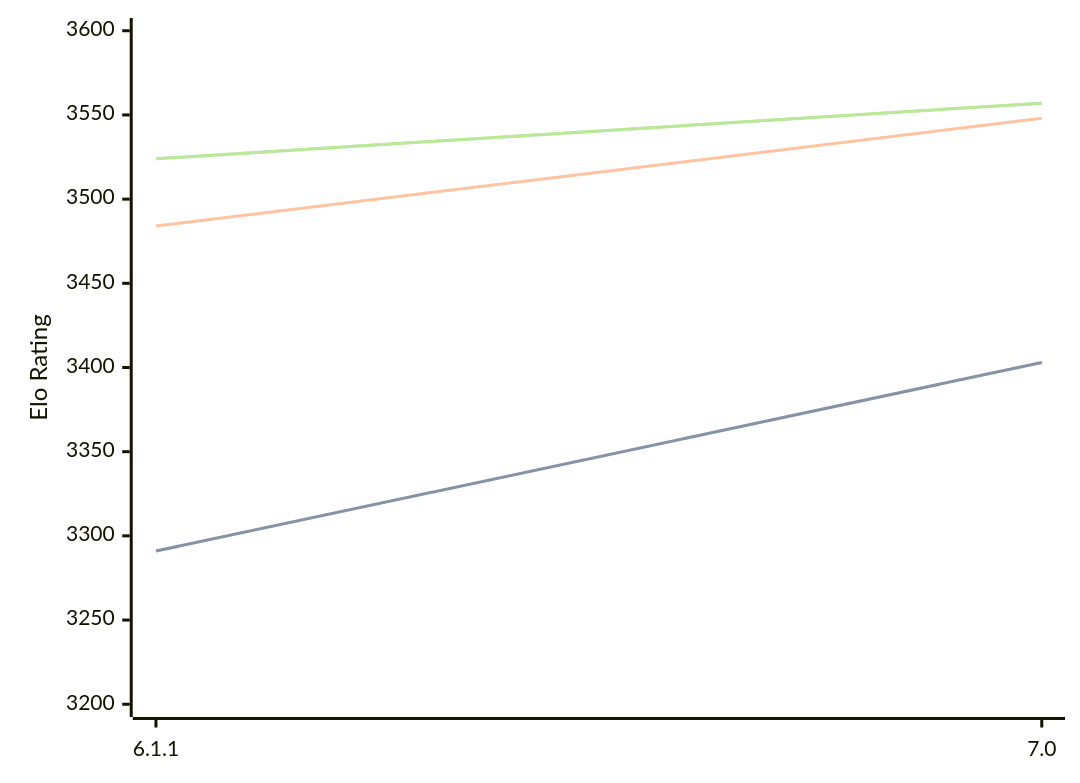
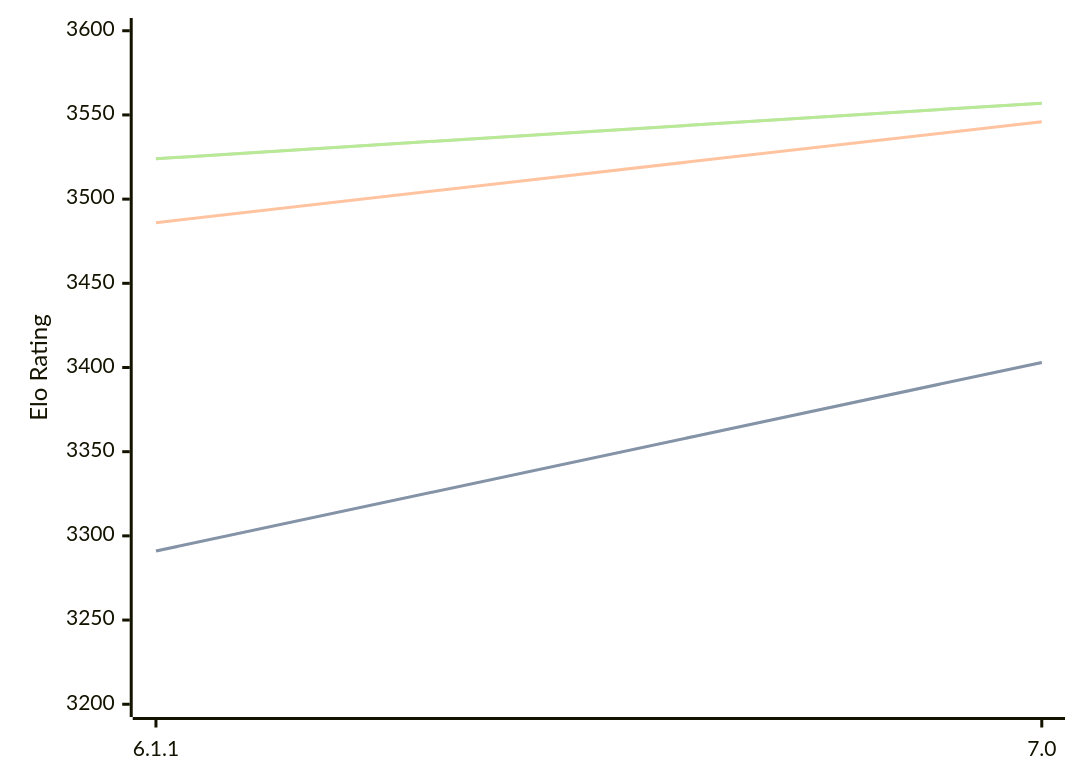
One commit to computer-chess-index/cci changed the diagram in engines/Astra.md. Above: the diagram before and after it, drawn with Mermaid. The commit also changed other lines of this file, not shown here.

````diff
--- a/engines/Astra.md
+++ b/engines/Astra.md
@@ -32,11 +32,11 @@
 ```mermaid
 %%{init: {"theme":"base","themeVariables":{"seriesColors:['#a3a3a3','#222221','#faa371']}}}%%
 xychart-beta
   x-axis ["6.1.1", "7.0"]
   y-axis "Elo Rating" 3200 --> 3600
   line "" [3291, 3403]
   line "STC (8.0+0.08s)" [3291, 3403]
-  line "LTC (60.0+0.60s)" [3484, 3548]
+  line "LTC (60.0+0.60s)" [3486, 3546]
   line "" [3524, 3557]
   line "VLTC (2m24s+1.12s)" [3524, 3557]
 ```
````
